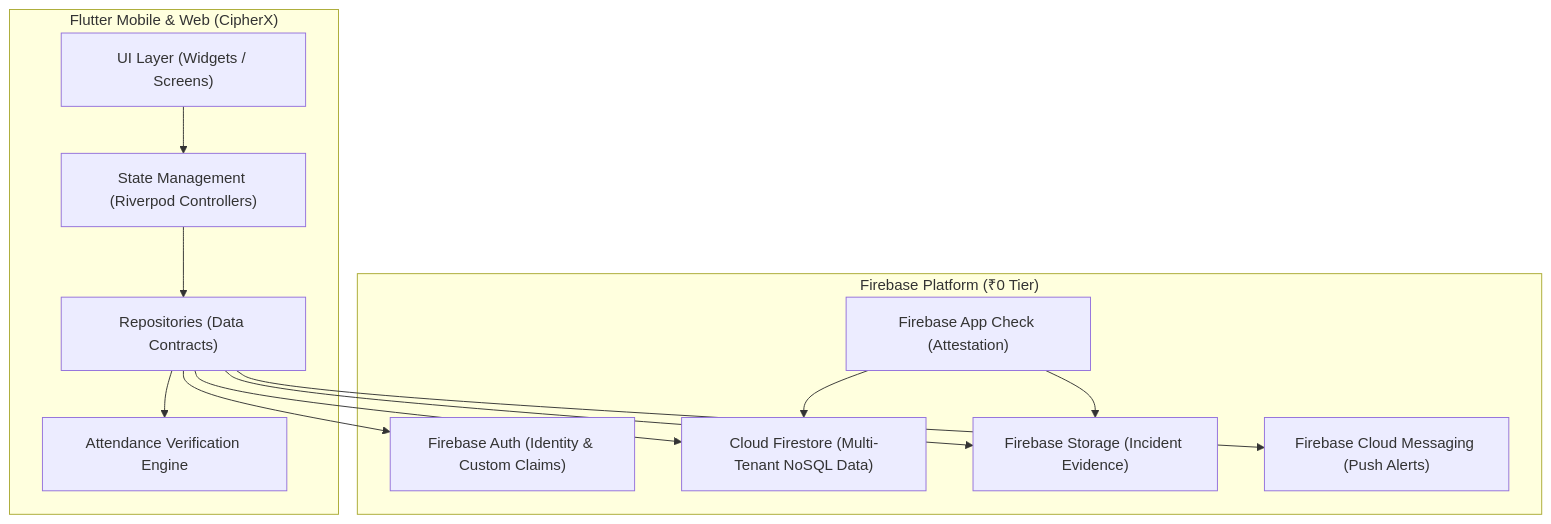
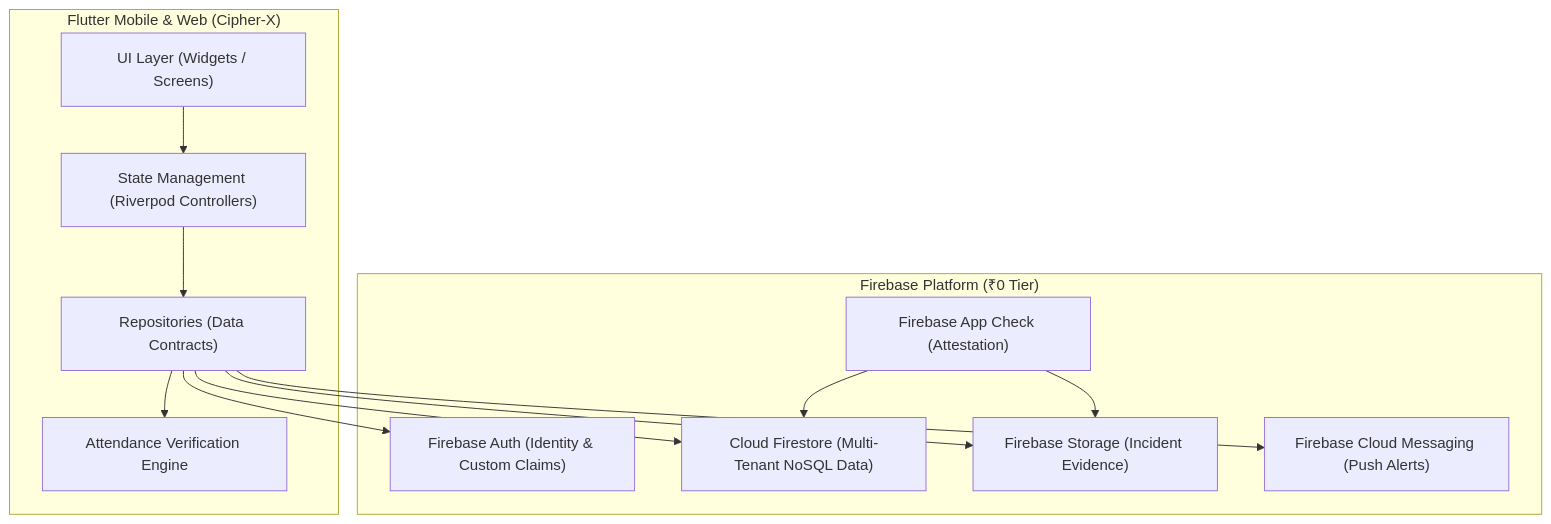
One commit to kalviumcommunity/-S116-0826-Decrypters-Full-Stack-With-Flutter-Dart-Firebase-CipherX changed the diagram in README.md. Above: the diagram before and after it, drawn with Mermaid. The commit also changed other lines of this file and 14 other files, not shown here.

Commit message:
docs(phase-0): finalize product requirements, architecture, and engineering contract for Cipher-X

````diff
--- a/README.md
+++ b/README.md
@@ -65,27 +65,27 @@
 ```mermaid
 flowchart TD
-    subgraph Client ["Flutter Mobile & Web (CipherX)"]
+    subgraph Client ["Flutter Mobile & Web (Cipher-X)"]
         UI["UI Layer (Widgets / Screens)"]
         State["State Management (Riverpod Controllers)"]
         Repo["Repositories (Data Contracts)"]
         Verif["Attendance Verification Engine"]
     end
 
     subgraph Firebase ["Firebase Platform (₹0 Tier)"]
         Auth["Firebase Auth (Identity & Custom Claims)"]
         FS["Cloud Firestore (Multi-Tenant NoSQL Data)"]
         Storage["Firebase Storage (Incident Evidence)"]
         FCM["Firebase Cloud Messaging (Push Alerts)"]
         AppCheck["Firebase App Check (Attestation)"]
     end
 
     UI --> State
     State --> Repo
     Repo --> Verif
     Repo --> Auth
     Repo --> FS
     Repo --> Storage
     Repo --> FCM
     AppCheck --> FS
     AppCheck --> Storage
 ```
````
